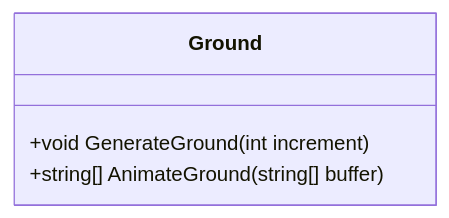
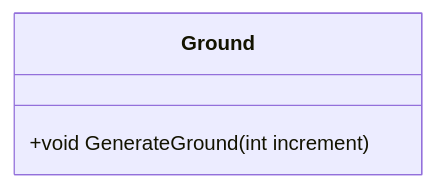
One commit to NexusWeave/MVP-FlappyBird-cs changed the sixth of 7 diagrams in dokumentasjon/diagram/klasse-diagram.md. Above: the diagram before and after it, drawn with Mermaid.

Commit message:
Remove unused method AnimateGround from Ground class

````diff
--- a/dokumentasjon/diagram/klasse-diagram.md
+++ b/dokumentasjon/diagram/klasse-diagram.md
@@ -87,9 +87,8 @@
 ```mermaid
     classDiagram
         direction TD
 
         class Ground {
             +void GenerateGround(int increment)
-            +string[] AnimateGround(string[] buffer)
         }
 ```
````
